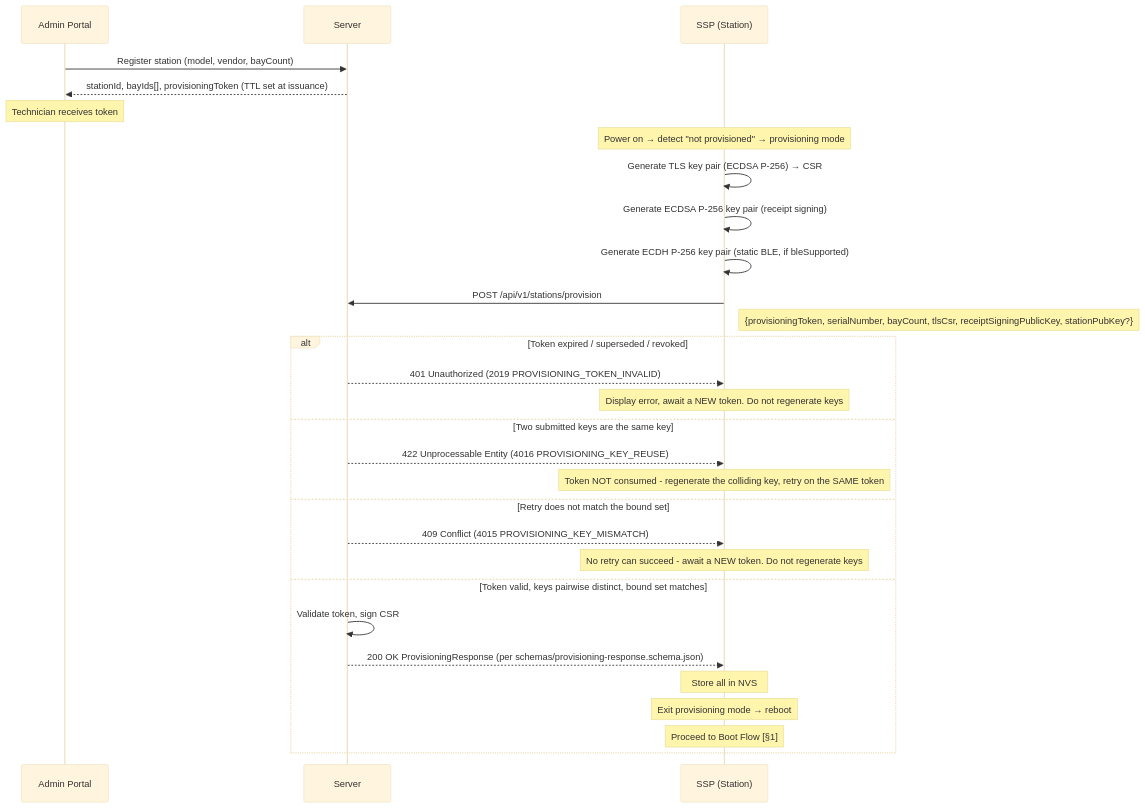
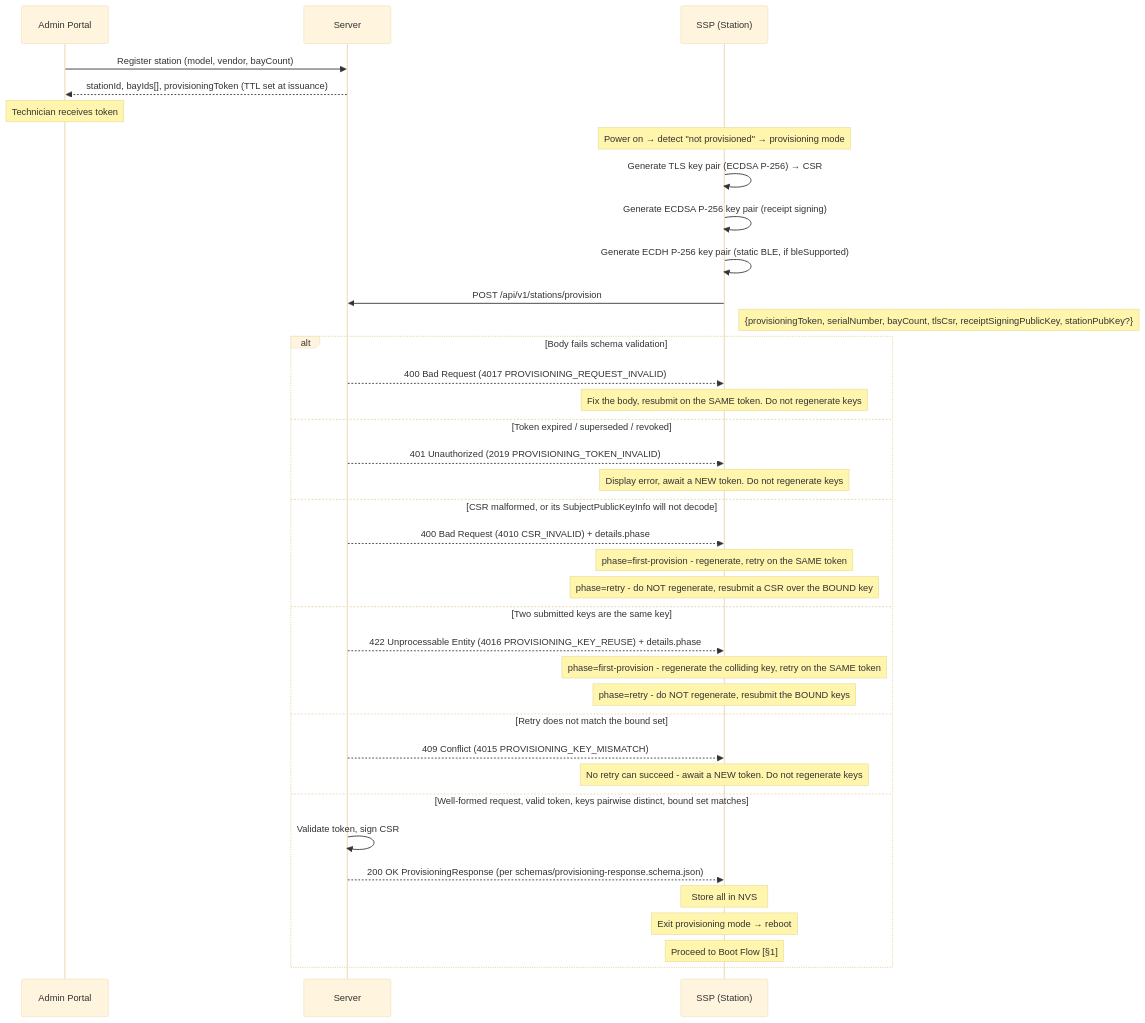
One commit to ospp-org/spec changed the second of 19 diagrams in spec/04-flows.md. Above: the diagram before and after it, drawn with Mermaid (base theme). The commit also changed other lines of this file and 3 other files, not shown here.

````diff
--- a/spec/04-flows.md
+++ b/spec/04-flows.md
@@ -198,36 +198,44 @@
 ```mermaid
 sequenceDiagram
     participant Admin as Admin Portal
     participant Server
     participant SSP as SSP (Station)
 
     Admin->>Server: Register station (model, vendor, bayCount)
     Server-->>Admin: stationId, bayIds[], provisioningToken (TTL set at issuance)
     Note over Admin: Technician receives token
 
     Note over SSP: Power on → detect "not provisioned" → provisioning mode
 
     SSP->>SSP: Generate TLS key pair (ECDSA P-256) → CSR
     SSP->>SSP: Generate ECDSA P-256 key pair (receipt signing)
     SSP->>SSP: Generate ECDH P-256 key pair (static BLE, if bleSupported)
 
     SSP->>Server: POST /api/v1/stations/provision
     Note right of SSP: {provisioningToken, serialNumber, bayCount, tlsCsr, receiptSigningPublicKey, stationPubKey?}
 
-    alt Token expired / superseded / revoked
+    alt Body fails schema validation
+        Server-->>SSP: 400 Bad Request (4017 PROVISIONING_REQUEST_INVALID)
+        Note over SSP: Fix the body, resubmit on the SAME token. Do not regenerate keys
+    else Token expired / superseded / revoked
         Server-->>SSP: 401 Unauthorized (2019 PROVISIONING_TOKEN_INVALID)
         Note over SSP: Display error, await a NEW token. Do not regenerate keys
+    else CSR malformed, or its SubjectPublicKeyInfo will not decode
+        Server-->>SSP: 400 Bad Request (4010 CSR_INVALID) + details.phase
+        Note over SSP: phase=first-provision - regenerate, retry on the SAME token
+        Note over SSP: phase=retry - do NOT regenerate, resubmit a CSR over the BOUND key
     else Two submitted keys are the same key
-        Server-->>SSP: 422 Unprocessable Entity (4016 PROVISIONING_KEY_REUSE)
-        Note over SSP: Token NOT consumed - regenerate the colliding key, retry on the SAME token
+        Server-->>SSP: 422 Unprocessable Entity (4016 PROVISIONING_KEY_REUSE) + details.phase
+        Note over SSP: phase=first-provision - regenerate the colliding key, retry on the SAME token
+        Note over SSP: phase=retry - do NOT regenerate, resubmit the BOUND keys
     else Retry does not match the bound set
         Server-->>SSP: 409 Conflict (4015 PROVISIONING_KEY_MISMATCH)
         Note over SSP: No retry can succeed - await a NEW token. Do not regenerate keys
-    else Token valid, keys pairwise distinct, bound set matches
+    else Well-formed request, valid token, keys pairwise distinct, bound set matches
         Server->>Server: Validate token, sign CSR
         Server-->>SSP: 200 OK ProvisioningResponse (per schemas/provisioning-response.schema.json)
         Note over SSP: Store all in NVS
         Note over SSP: Exit provisioning mode → reboot
         Note over SSP: Proceed to Boot Flow [§1]
     end
 ```
````
